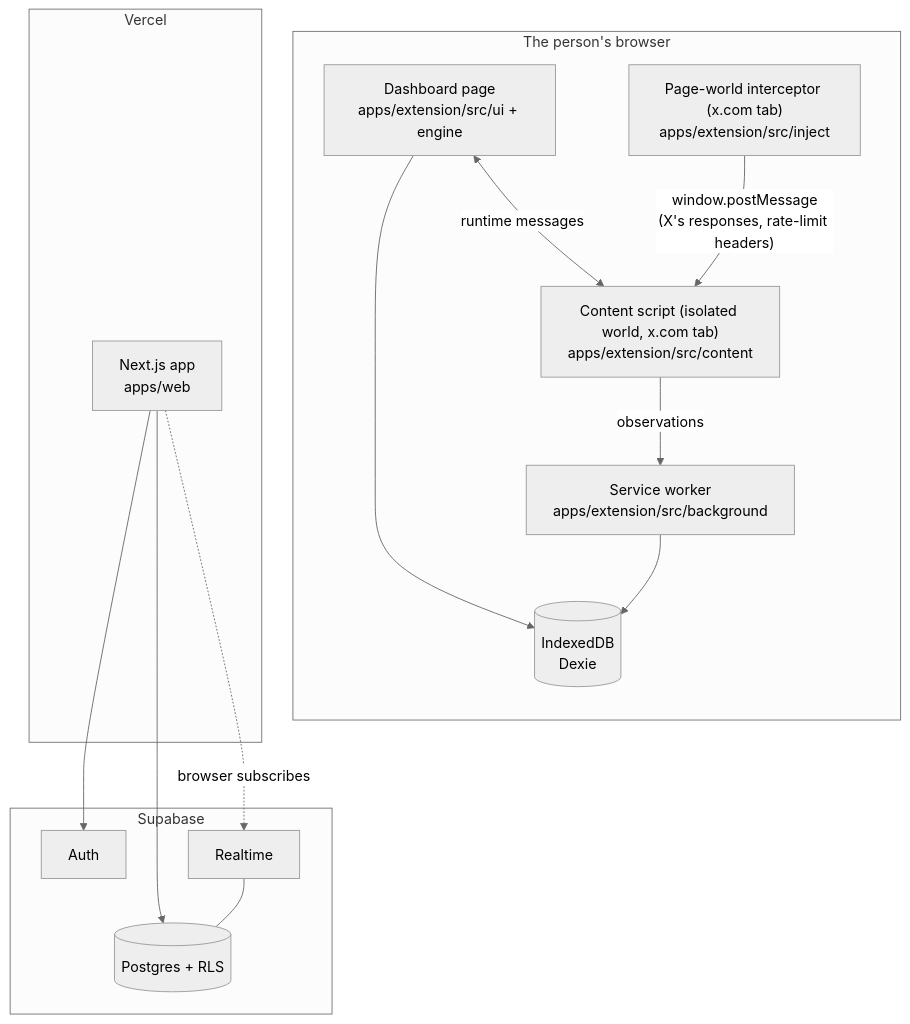
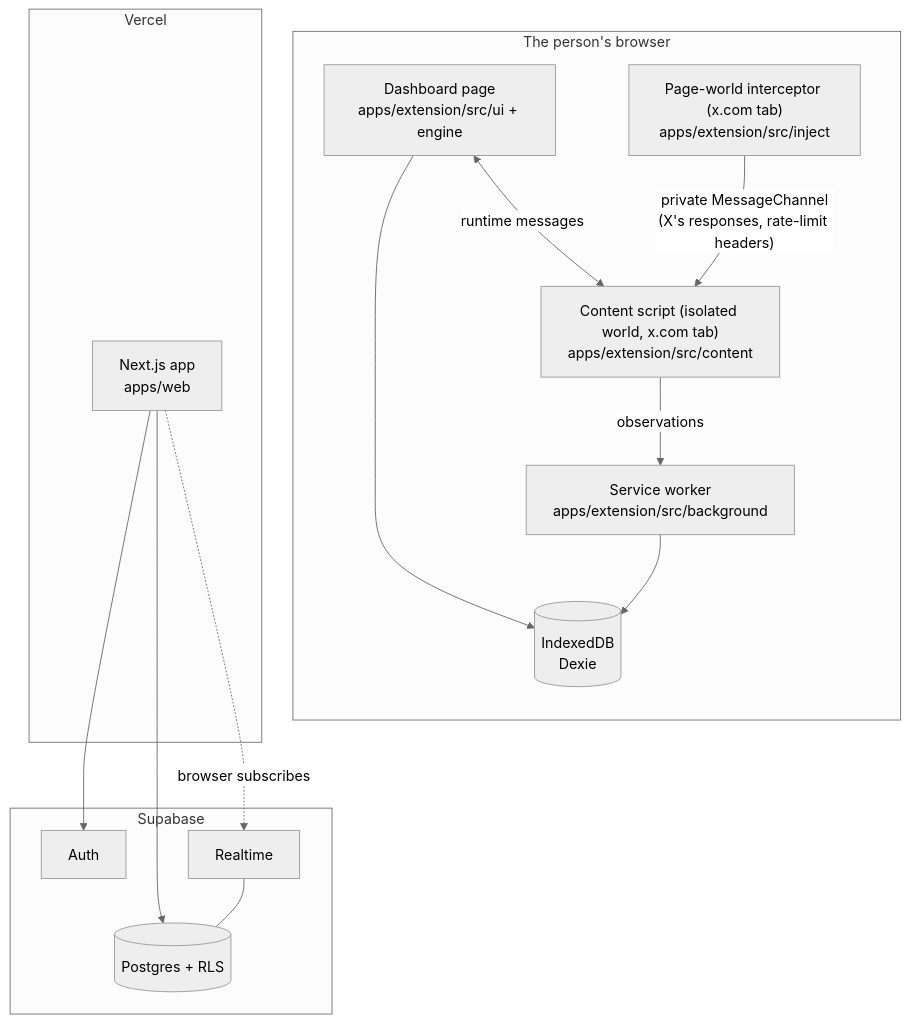
One commit to pirdehi/xomoni changed the second of 5 diagrams in docs/ARCHITECTURE.md. Above: the diagram before and after it, drawn with Mermaid (neutral theme). The commit also changed other lines of this file and 9 other files, not shown here.

First line of the commit message:
Send captures over a private channel that page scripts can't forge (#74)

````diff
--- a/docs/ARCHITECTURE.md
+++ b/docs/ARCHITECTURE.md
@@ -52,29 +52,29 @@
 ```mermaid
 flowchart TB
   subgraph Browser["The person's browser"]
     direction TB
     dash["Dashboard page<br/>apps/extension/src/ui + engine"]
     sw["Service worker<br/>apps/extension/src/background"]
     cs["Content script (isolated world, x.com tab)<br/>apps/extension/src/content"]
     inj["Page-world interceptor (x.com tab)<br/>apps/extension/src/inject"]
     idb[("IndexedDB<br/>Dexie")]
   end
   subgraph Vercel
     next["Next.js app<br/>apps/web"]
   end
   subgraph Supabase
     auth["Auth"]
     pg[("Postgres + RLS")]
     rt["Realtime"]
   end
 
   dash <-- "runtime messages" --> cs
-  inj -- "window.postMessage<br/>(X's responses, rate-limit headers)" --> cs
+  inj -- "private MessageChannel<br/>(X's responses, rate-limit headers)" --> cs
   cs -- "observations" --> sw
   sw --> idb
   dash --> idb
   next --> auth
   next --> pg
   next -. "browser subscribes" .-> rt
   rt --- pg
 ```
````
